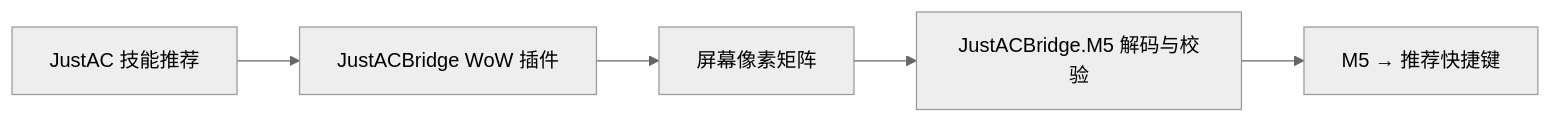
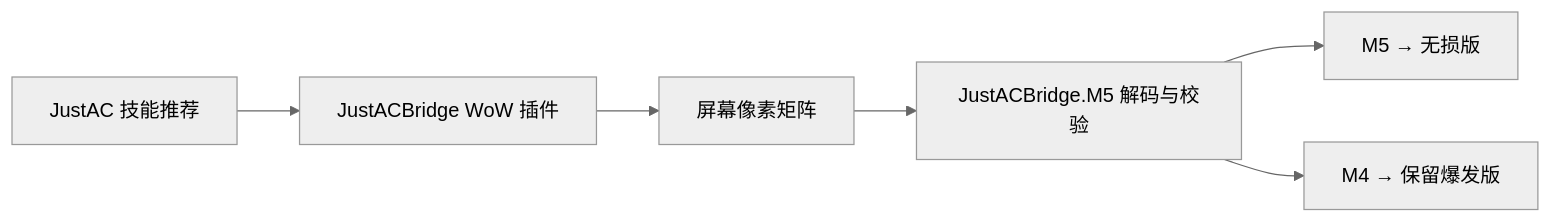
The diagram in README.md (Aruke05/JustACBridge), drawn with Mermaid (neutral theme) before and after one commit. The commit also changed other lines of this file and 15 other files, not shown here.

````diff
--- a/README.md
+++ b/README.md
@@ -109,7 +126,8 @@
 ```mermaid
 flowchart LR
     A["JustAC 技能推荐"] --> B["JustACBridge WoW 插件"]
     B --> C["屏幕像素矩阵"]
     C --> D["JustACBridge.M5 解码与校验"]
-    D --> E["M5 → 推荐快捷键"]
+    D --> E["M5 → 无损版"]
+    D --> F["M4 → 保留爆发版"]
 ```
````
